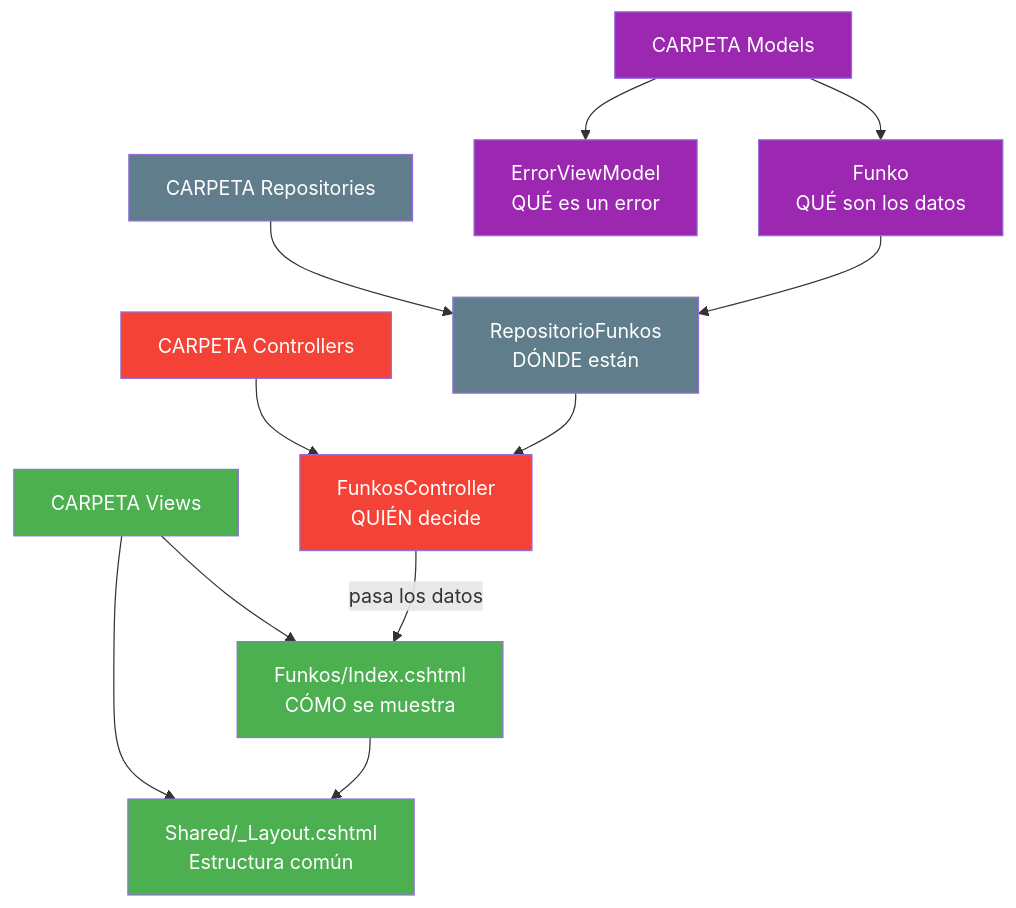
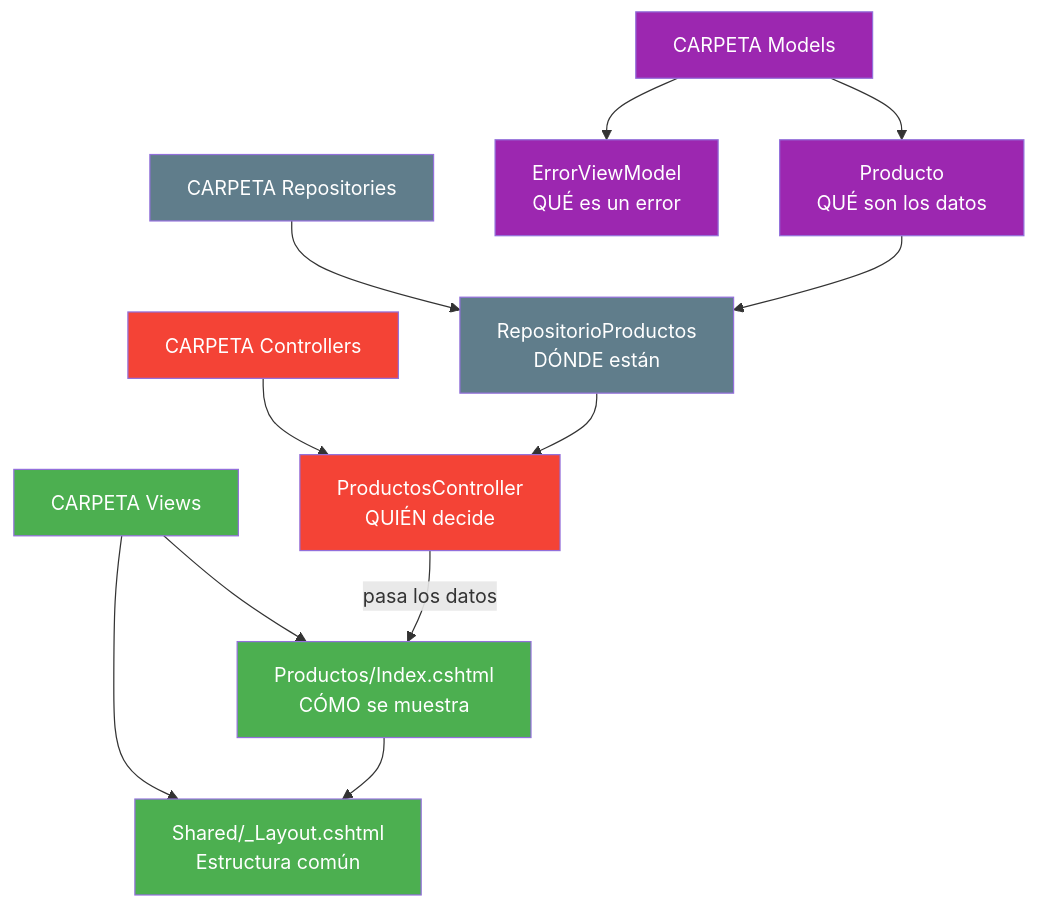
One commit to joseluisgs/DesarrolloWebEntornosServidor-03-2026-2027 changed the fourth of 5 diagrams in 07-mvc-arquitectura.md. Above: the diagram before and after it, drawn with Mermaid. The commit also changed other lines of this file, not shown here.

Commit message:
fix: revisar 07 segun el esquema de UD02: Resumen sin diagrama, estilo de redaccion y Productos fuera del Reto

````diff
--- a/07-mvc-arquitectura.md
+++ b/07-mvc-arquitectura.md
@@ -364,28 +367,28 @@
 ```mermaid
 graph TD
-    A["CARPETA Models"] --> A1["Funko<br/>QUÉ son los datos"]
+    A["CARPETA Models"] --> A1["Producto<br/>QUÉ son los datos"]
     A --> A2["ErrorViewModel<br/>QUÉ es un error"]
 
-    B["CARPETA Repositories"] --> B1["RepositorioFunkos<br/>DÓNDE están"]
+    B["CARPETA Repositories"] --> B1["RepositorioProductos<br/>DÓNDE están"]
 
-    C["CARPETA Controllers"] --> C1["FunkosController<br/>QUIÉN decide"]
+    C["CARPETA Controllers"] --> C1["ProductosController<br/>QUIÉN decide"]
 
-    D["CARPETA Views"] --> D1["Funkos/Index.cshtml<br/>CÓMO se muestra"]
+    D["CARPETA Views"] --> D1["Productos/Index.cshtml<br/>CÓMO se muestra"]
     D --> D2["Shared/_Layout.cshtml<br/>Estructura común"]
 
     A1 --> B1
     B1 --> C1
     C1 -->|"pasa los datos"| D1
     D1 --> D2
 
     style A fill:#9C27B0,color:#fff
     style A1 fill:#9C27B0,color:#fff
     style A2 fill:#9C27B0,color:#fff
     style B fill:#607D8B,color:#fff
     style B1 fill:#607D8B,color:#fff
     style C fill:#f44336,color:#fff
     style C1 fill:#f44336,color:#fff
     style D fill:#4CAF50,color:#fff
     style D1 fill:#4CAF50,color:#fff
     style D2 fill:#4CAF50,color:#fff
 ```
````
